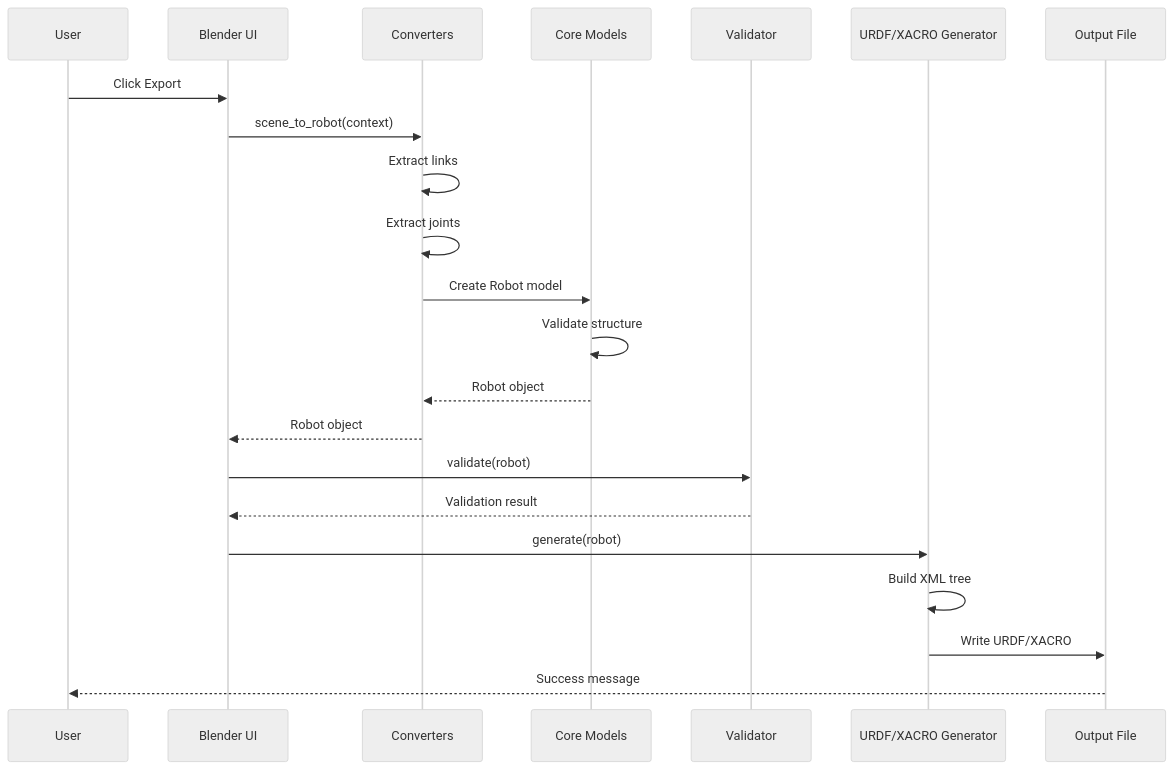
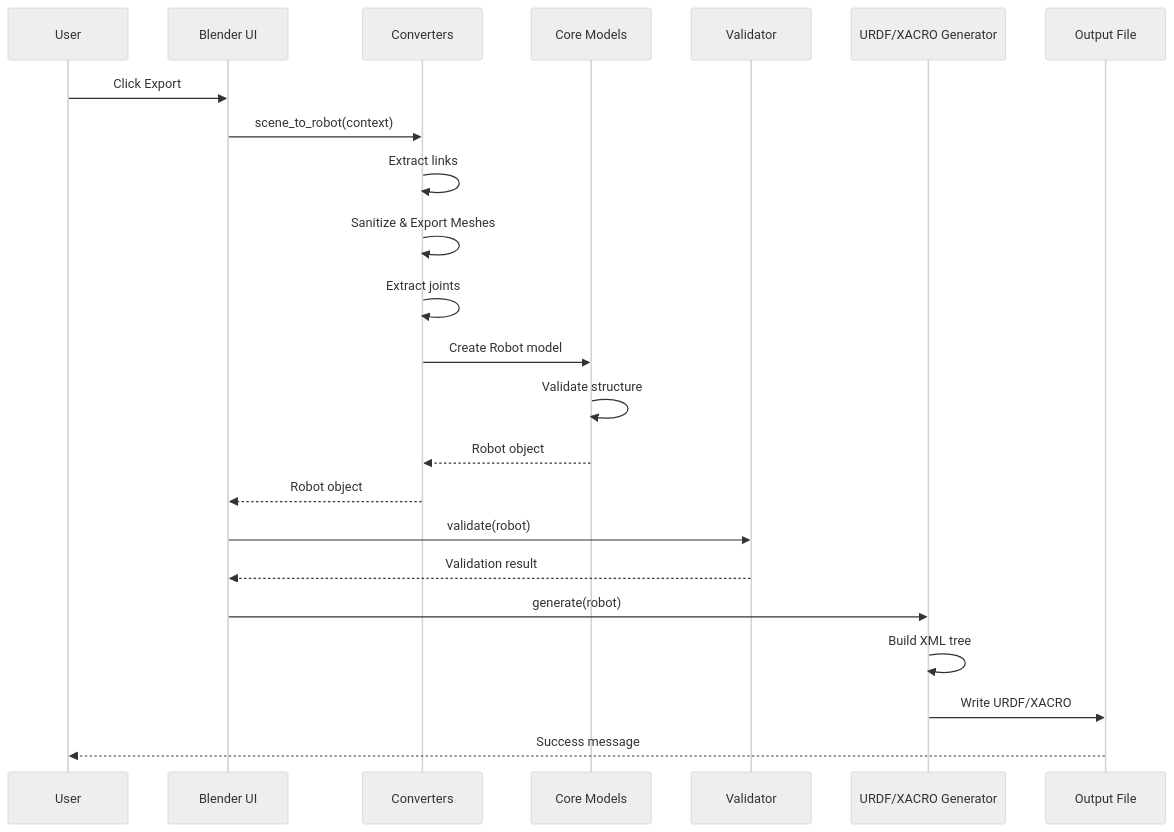
Before and after one commit to arounamounchili/linkforge: the fifth of 8 diagrams in ARCHITECTURE.md, drawn with Mermaid (neutral theme). The commit also changed other lines of this file, not shown here.

Commit message:
docs: update architecture diagrams and patterns for v1.2.0 data flow

````diff
--- a/ARCHITECTURE.md
+++ b/ARCHITECTURE.md
@@ -174,25 +175,26 @@
 ```mermaid
 sequenceDiagram
     participant User
     participant UI as Blender UI
     participant Converter as Converters
     participant Models as Core Models
     participant Validator as Validator
     participant Generator as URDF/XACRO Generator
     participant File as Output File
 
     User->>UI: Click Export
     UI->>Converter: scene_to_robot(context)
     Converter->>Converter: Extract links
+    Converter->>Converter: Sanitize & Export Meshes
     Converter->>Converter: Extract joints
     Converter->>Models: Create Robot model
     Models->>Models: Validate structure
     Models-->>Converter: Robot object
     Converter-->>UI: Robot object
     UI->>Validator: validate(robot)
     Validator-->>UI: Validation result
     UI->>Generator: generate(robot)
     Generator->>Generator: Build XML tree
     Generator->>File: Write URDF/XACRO
     File-->>User: Success message
 ```
````
